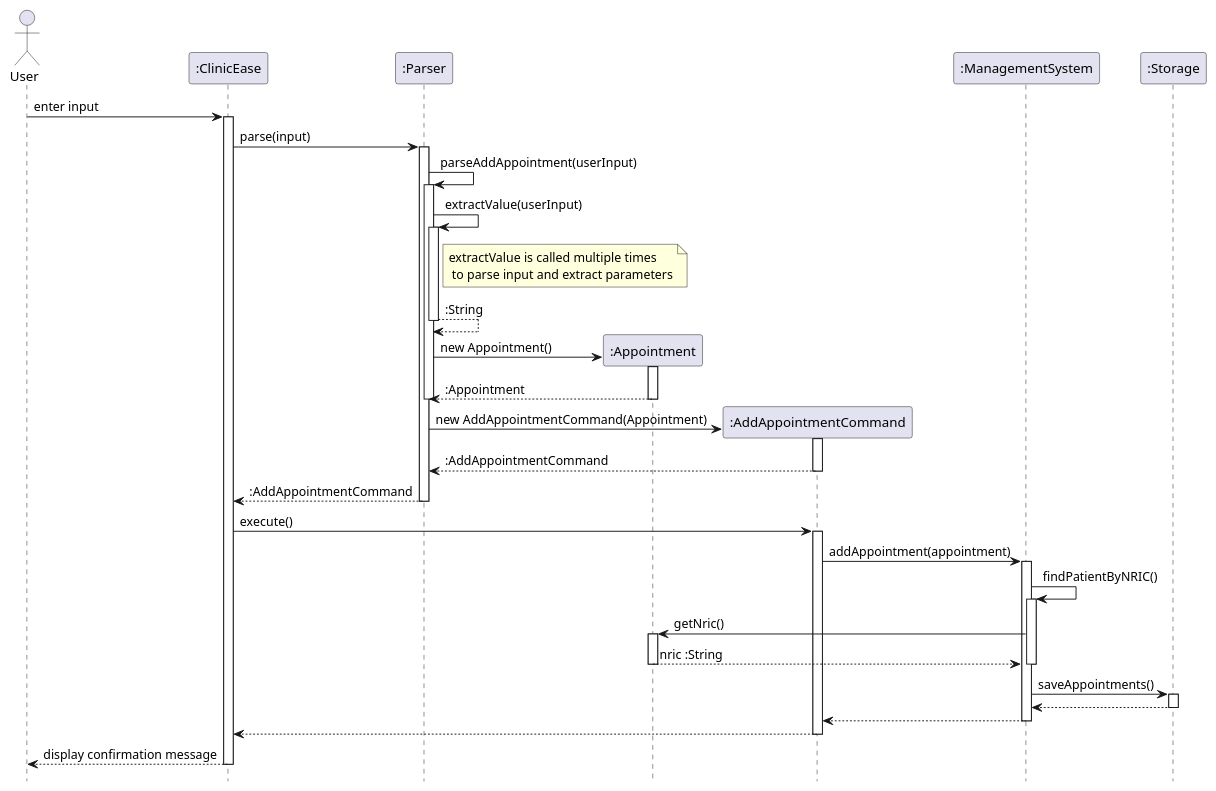
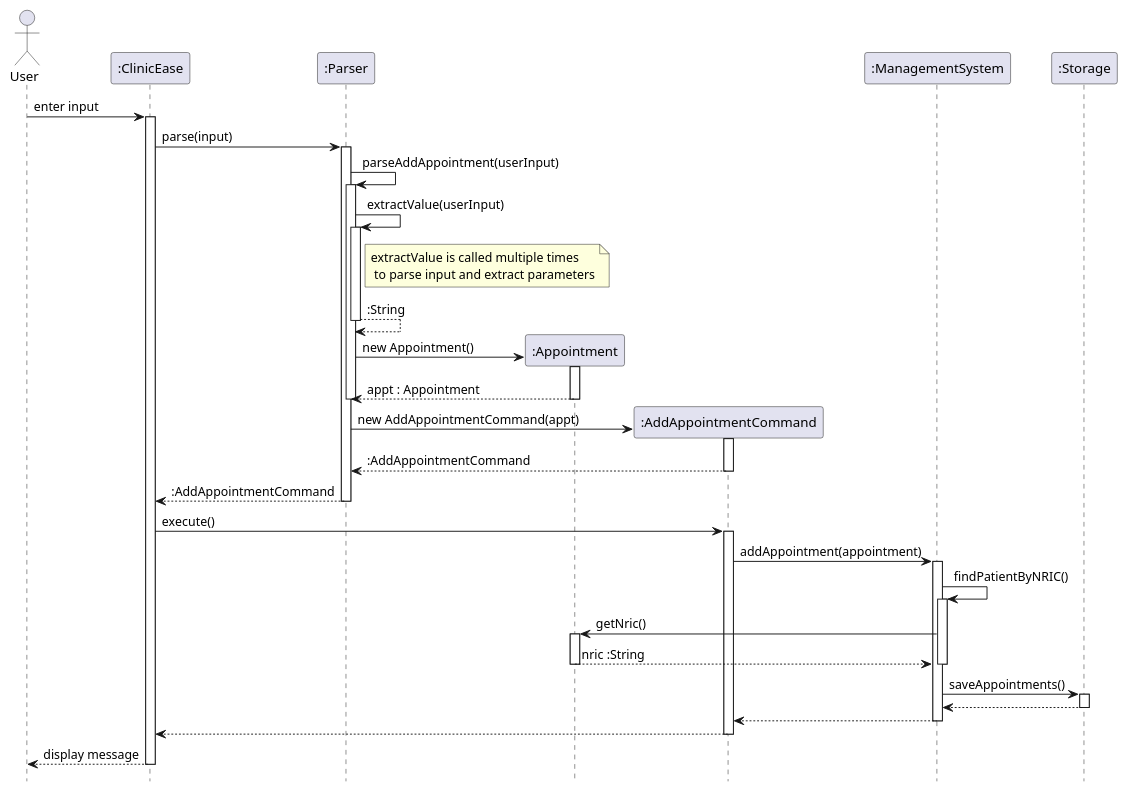
Before and after one commit to chwenyee/tp: the diagram in docs/diagrams/addAppointmentSequence.puml, drawn with PlantUML. The commit also changed 5 other files, not shown here.

Commit message:
Updated DG for add/delete feature implementation, so as the addAppointment sequence diagram. Updated PPP as DG's content has changed.

```diff
--- a/docs/diagrams/addAppointmentSequence.puml
+++ b/docs/diagrams/addAppointmentSequence.puml
@@ -1,64 +1,64 @@
 @startuml
 hide footbox
 
 actor User
 
 participant ":ClinicEase" as ClinicEase
 participant ":Parser" as Parser
 participant ":Appointment" as Appointment
 participant ":AddAppointmentCommand" as AddAppointmentCommand
 participant ":ManagementSystem" as ManagementSystem
 participant ":Storage" as Storage
 
 User -> ClinicEase : enter input
 activate ClinicEase
 ClinicEase -> Parser : parse(input)
 activate Parser
 
 Parser -> Parser : parseAddAppointment(userInput)
 activate Parser
 Parser -> Parser : extractValue(userInput)
 activate Parser
 note right of Parser: extractValue is called multiple times\n to parse input and extract parameters
 Parser --> Parser : :String
 deactivate Parser
 
 create Appointment
 Parser -> Appointment : new Appointment()
 activate Appointment
-Appointment --> Parser : :Appointment
+Appointment --> Parser : appt : Appointment
 deactivate Appointment
 deactivate Parser
 
 create AddAppointmentCommand
-Parser -> AddAppointmentCommand : new AddAppointmentCommand(Appointment)
+Parser -> AddAppointmentCommand : new AddAppointmentCommand(appt)
 activate AddAppointmentCommand
 AddAppointmentCommand --> Parser : :AddAppointmentCommand
 deactivate AddAppointmentCommand
 Parser --> ClinicEase : :AddAppointmentCommand
 deactivate Parser
 
 ClinicEase -> AddAppointmentCommand : execute()
 activate AddAppointmentCommand
 AddAppointmentCommand -> ManagementSystem : addAppointment(appointment)
 activate ManagementSystem
 ManagementSystem -> ManagementSystem : findPatientByNRIC()
 activate ManagementSystem
 ManagementSystem -> Appointment : getNric()
 activate Appointment
 Appointment --> ManagementSystem : nric :String
 deactivate Appointment
 deactivate ManagementSystem
 
 ManagementSystem -> Storage : saveAppointments()
 activate Storage
 Storage --> ManagementSystem :
 deactivate Storage
 ManagementSystem --> AddAppointmentCommand :
 deactivate ManagementSystem
 AddAppointmentCommand --> ClinicEase :
 deactivate AddAppointmentCommand
-ClinicEase --> User : display confirmation message
+ClinicEase --> User : display message
 deactivate ClinicEase
 
 @enduml
```
